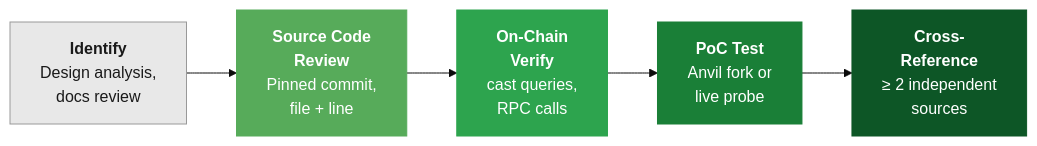
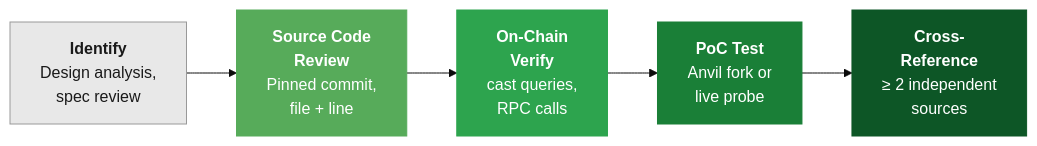
One commit to jyo-o/bonda-docs changed the second of 2 diagrams in methodology/verification.md. Above: the diagram before and after it, drawn with Mermaid (base theme). The commit also changed other lines of this file and 118 other files, not shown here.

````diff
--- a/methodology/verification.md
+++ b/methodology/verification.md
@@ -85,13 +81,13 @@
 ```mermaid
 flowchart LR
-    A["<b>Identify</b><br/>Design analysis,<br/>docs review"] --> B["<b>Source Code<br/>Review</b><br/>Pinned commit,<br/>file + line"]
+    A["<b>Identify</b><br/>Design analysis,<br/>spec review"] --> B["<b>Source Code<br/>Review</b><br/>Pinned commit,<br/>file + line"]
     B --> C["<b>On-Chain<br/>Verify</b><br/>cast queries,<br/>RPC calls"]
     C --> D["<b>PoC Test</b><br/>Anvil fork or<br/>live probe"]
     D --> E["<b>Cross-<br/>Reference</b><br/>≥ 2 independent<br/>sources"]
 
     style A fill:#e8e8e8,color:#1a1a1a,stroke:#999
     style B fill:#57ab5a,color:#fff,stroke:#57ab5a
     style C fill:#2da44e,color:#fff,stroke:#2da44e
     style D fill:#1a7f37,color:#fff,stroke:#1a7f37
     style E fill:#0d5626,color:#fff,stroke:#0d5626
 ```
````
